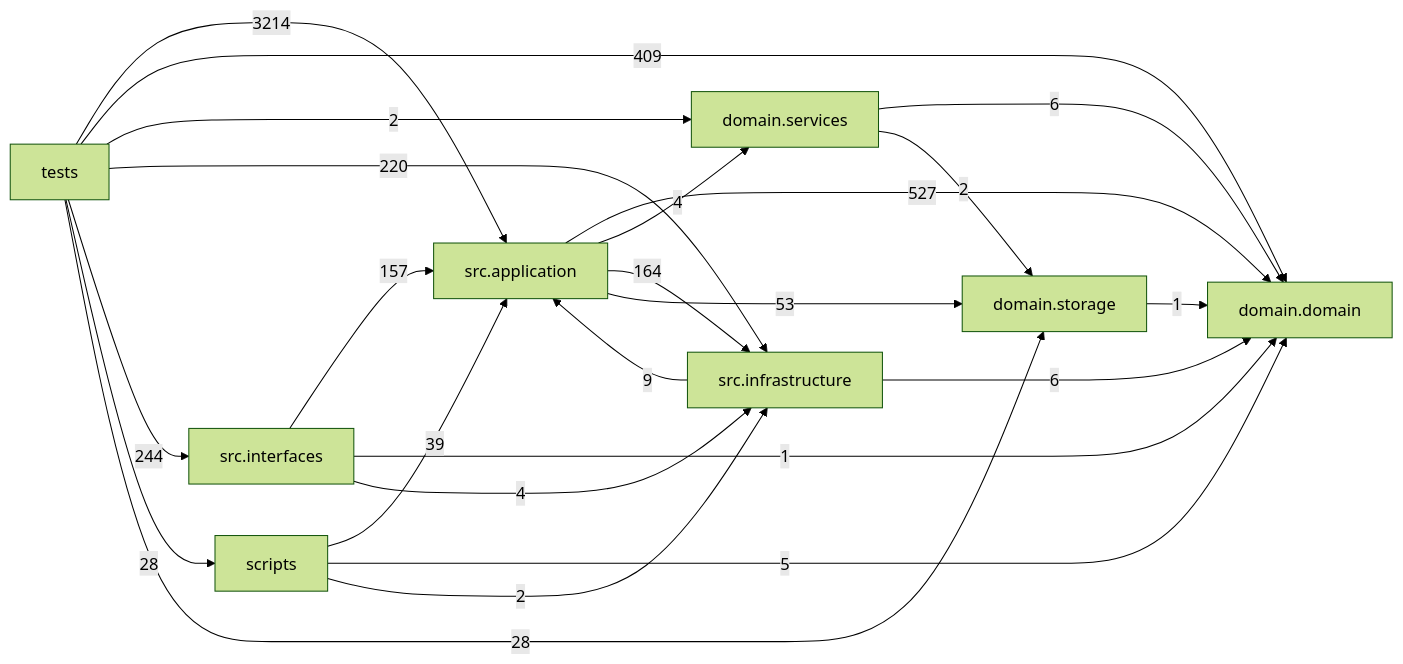
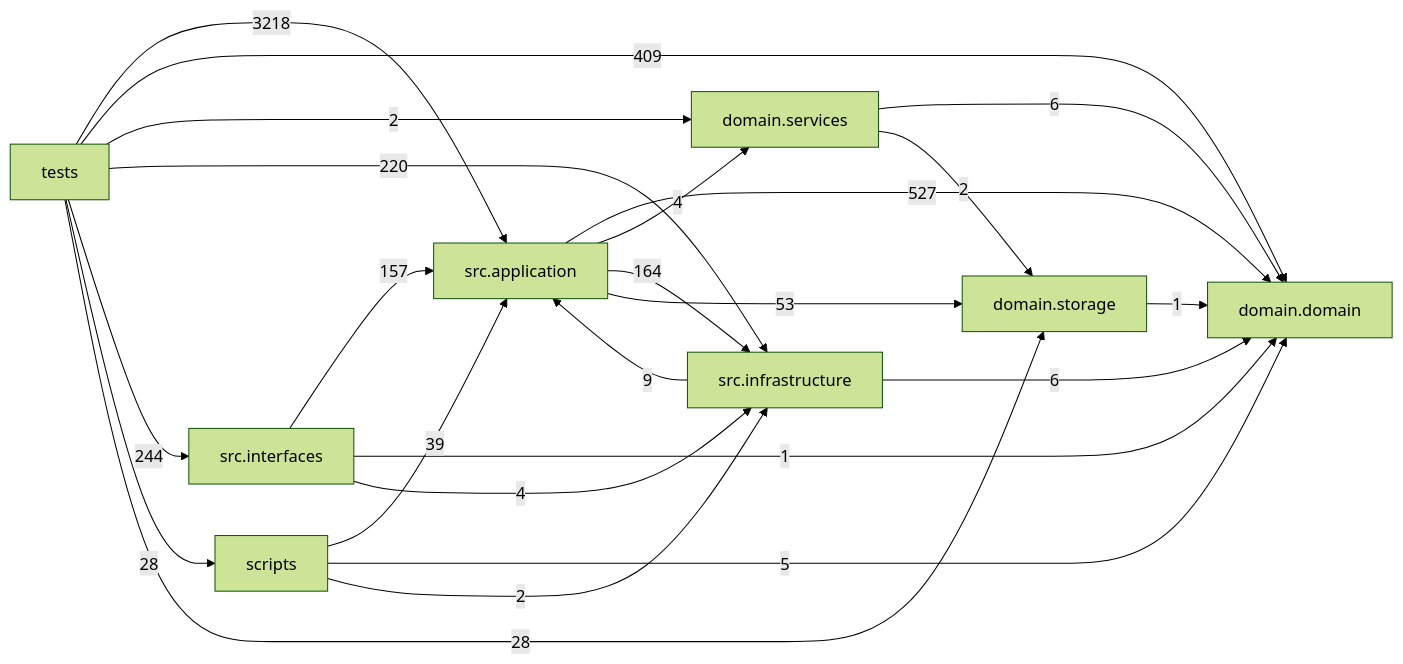
One commit to liuxie066/options-monitor changed the diagram in docs/DEPENDENCY_GRAPH.md. Above: the diagram before and after it, drawn with Mermaid (forest theme). The commit also changed other lines of this file and 4 other files, not shown here.

````diff
--- a/docs/DEPENDENCY_GRAPH.md
+++ b/docs/DEPENDENCY_GRAPH.md
@@ -24,33 +24,33 @@
 ```mermaid
 flowchart LR
   tests["tests"]
   scripts["scripts"]
   interfaces["src.interfaces"]
   application["src.application"]
   infrastructure["src.infrastructure"]
   domain_services["domain.services"]
   domain["domain.domain"]
   storage["domain.storage"]
   application -->|527| domain
   application -->|4| domain_services
   application -->|164| infrastructure
   application -->|53| storage
   domain_services -->|6| domain
   domain_services -->|2| storage
   infrastructure -->|9| application
   infrastructure -->|6| domain
   interfaces -->|157| application
   interfaces -->|1| domain
   interfaces -->|4| infrastructure
   scripts -->|39| application
   scripts -->|5| domain
   scripts -->|2| infrastructure
   storage -->|1| domain
-  tests -->|3214| application
+  tests -->|3218| application
   tests -->|409| domain
   tests -->|2| domain_services
   tests -->|220| infrastructure
   tests -->|244| interfaces
   tests -->|28| scripts
   tests -->|28| storage
 ```
````
